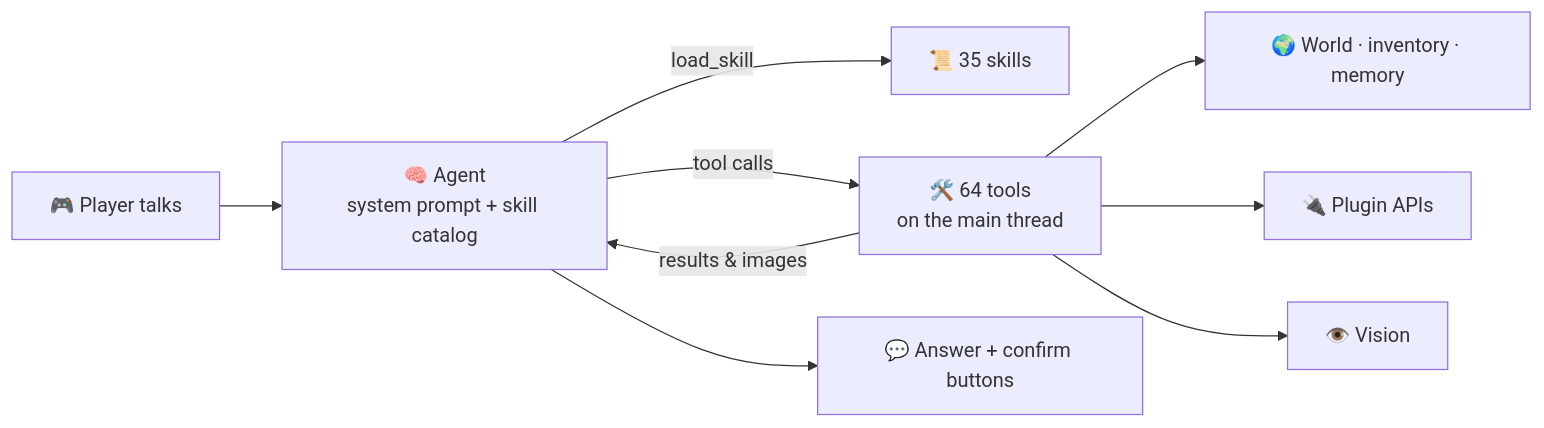
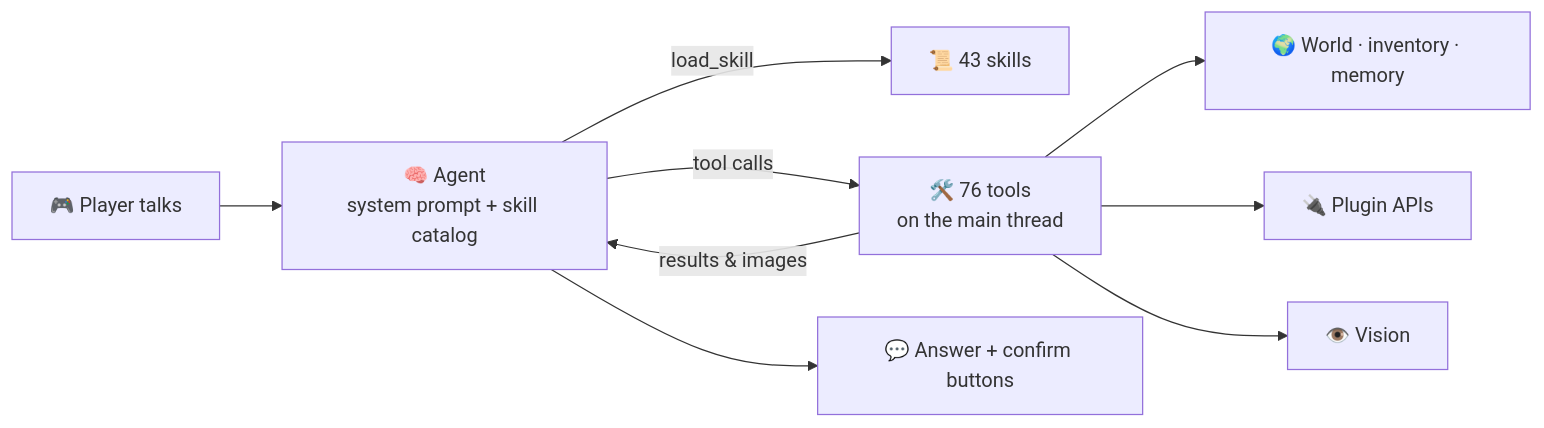
Before and after one commit to obsidianplusplus/PandaGPT: the diagram in README.en.md, drawn with Mermaid. The commit also changed other lines of this file and 45 other files, not shown here.

````diff
--- a/README.en.md
+++ b/README.en.md
@@ -190,11 +192,11 @@
 ```mermaid
 flowchart LR
     P["🎮 Player talks"] --> A["🧠 Agent<br/>system prompt + skill catalog"]
-    A -->|load_skill| S["📜 35 skills"]
-    A -->|tool calls| T["🛠️ 64 tools<br/>on the main thread"]
+    A -->|load_skill| S["📜 43 skills"]
+    A -->|tool calls| T["🛠️ 76 tools<br/>on the main thread"]
     T --> W["🌍 World · inventory · memory"]
     T --> I["🔌 Plugin APIs"]
     T --> V["👁️ Vision"]
     T -->|results & images| A
     A --> R["💬 Answer + confirm buttons"]
 ```
````
